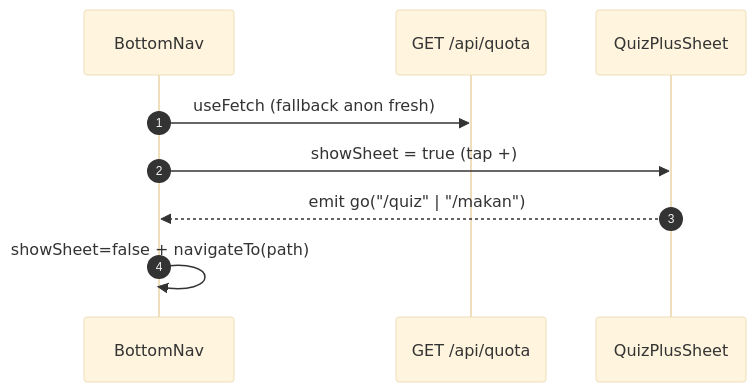
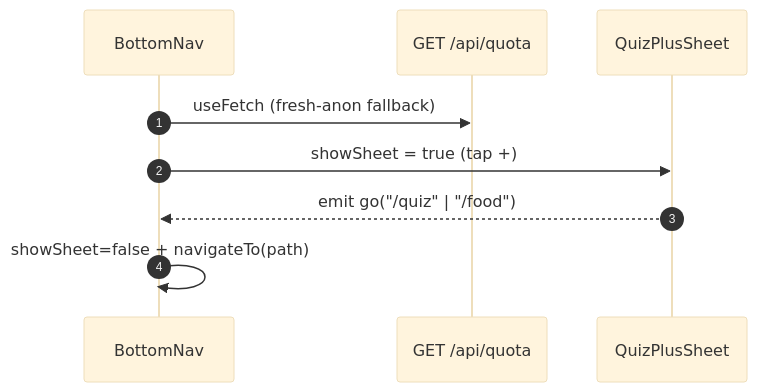
The diagram in docs/architecture/flows/layout-navigation/README.md (agestasaputra/wikendo-web-app), drawn with Mermaid (base theme) before and after one commit. The commit also changed other lines of this file and 103 other files, not shown here.

````diff
--- a/docs/architecture/flows/layout-navigation/README.md
+++ b/docs/architecture/flows/layout-navigation/README.md
@@ -26,11 +26,11 @@
 ```mermaid
 sequenceDiagram
     autonumber
     participant Nav as BottomNav
     participant API as GET /api/quota
     participant Sheet as QuizPlusSheet
-    Nav->>API: useFetch (fallback anon fresh)
+    Nav->>API: useFetch (fresh-anon fallback)
     Nav->>Sheet: showSheet = true (tap +)
-    Sheet-->>Nav: emit go("/quiz" | "/makan")
+    Sheet-->>Nav: emit go("/quiz" | "/food")
     Nav->>Nav: showSheet=false + navigateTo(path)
 ```
````
